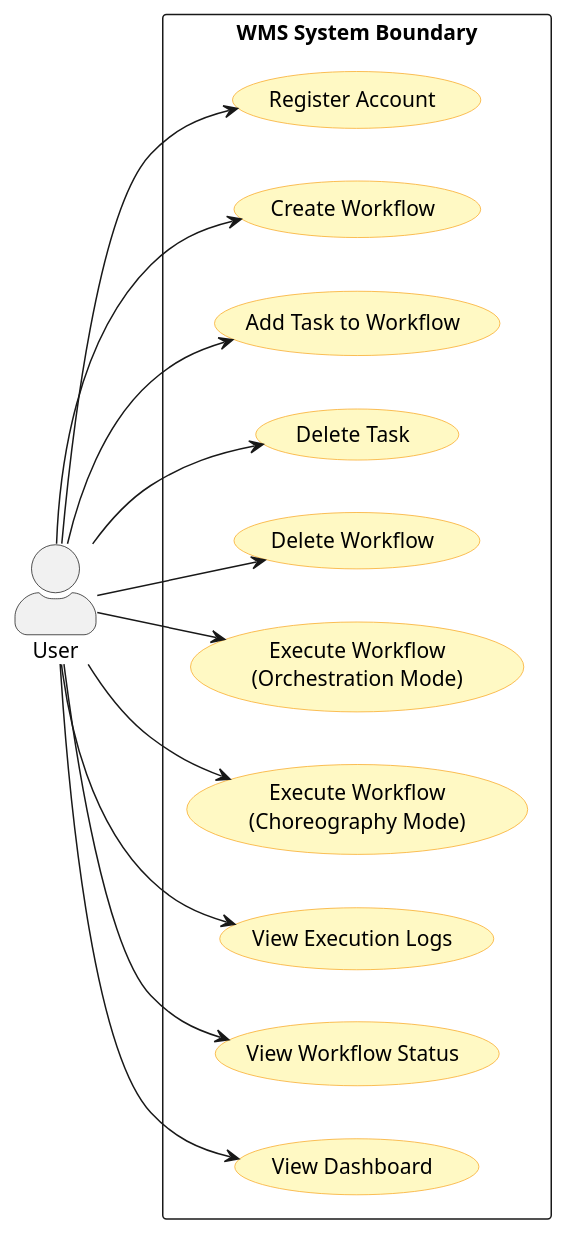
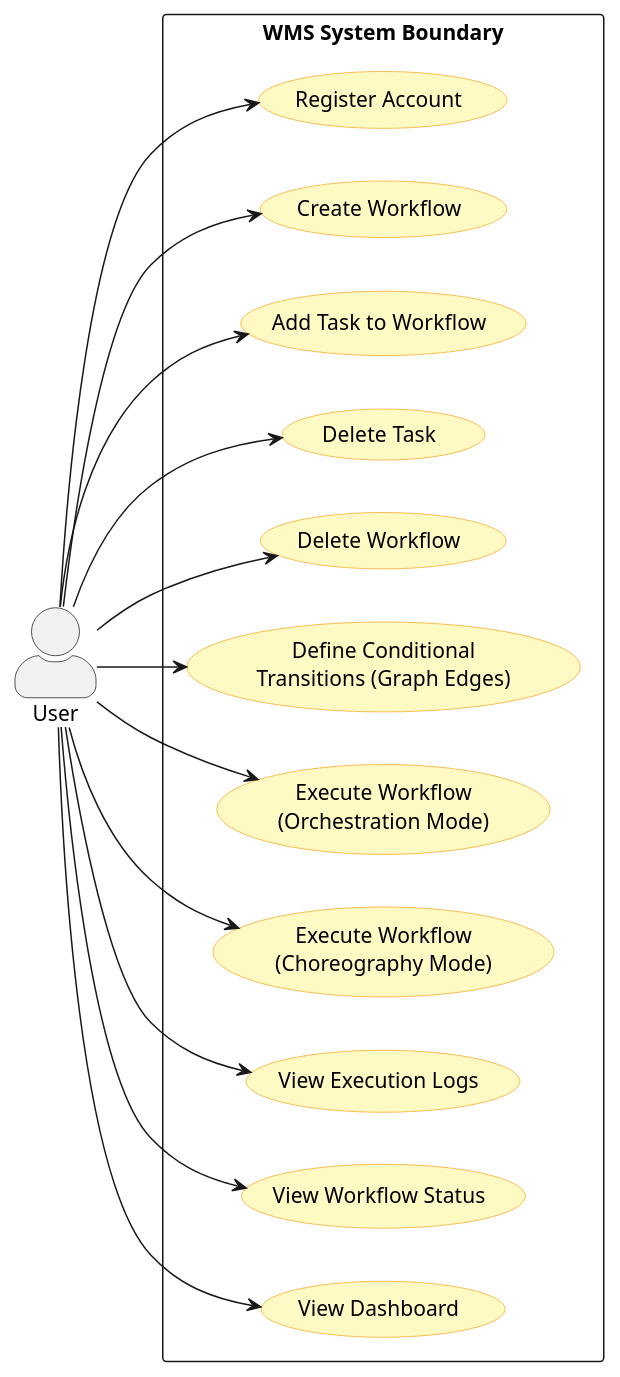
One commit to MAES1102/WMS changed the fourth of 15 diagrams in docs/REPORT.md. Above: the diagram before and after it, drawn with PlantUML. The commit also changed other lines of this file and 32 other files, not shown here.

Commit message:
archive: preserve advanced graph prototype

````diff
--- a/docs/REPORT.md
+++ b/docs/REPORT.md
@@ -1094,36 +1285,38 @@
 ```plantuml
 @startuml
 left to right direction
 skinparam actorStyle awesome
 skinparam shadowing false
 skinparam defaultFontName Arial
 skinparam usecaseBackgroundColor #FFF9C4
 skinparam usecaseBorderColor #F9A825
 
 actor "User" as User
 
 rectangle "WMS System Boundary" {
   usecase "Register Account" as UC1
   usecase "Create Workflow" as UC2
   usecase "Add Task to Workflow" as UC3
   usecase "Delete Task" as UC4
   usecase "Delete Workflow" as UC5
-  usecase "Execute Workflow\n(Orchestration Mode)" as UC6
-  usecase "Execute Workflow\n(Choreography Mode)" as UC7
-  usecase "View Execution Logs" as UC8
-  usecase "View Workflow Status" as UC9
-  usecase "View Dashboard" as UC10
+  usecase "Define Conditional\nTransitions (Graph Edges)" as UC6
+  usecase "Execute Workflow\n(Orchestration Mode)" as UC7
+  usecase "Execute Workflow\n(Choreography Mode)" as UC8
+  usecase "View Execution Logs" as UC9
+  usecase "View Workflow Status" as UC10
+  usecase "View Dashboard" as UC11
 }
 
 User --> UC1
 User --> UC2
 User --> UC3
 User --> UC4
 User --> UC5
 User --> UC6
 User --> UC7
 User --> UC8
 User --> UC9
 User --> UC10
+User --> UC11
 @enduml
 ```
````
